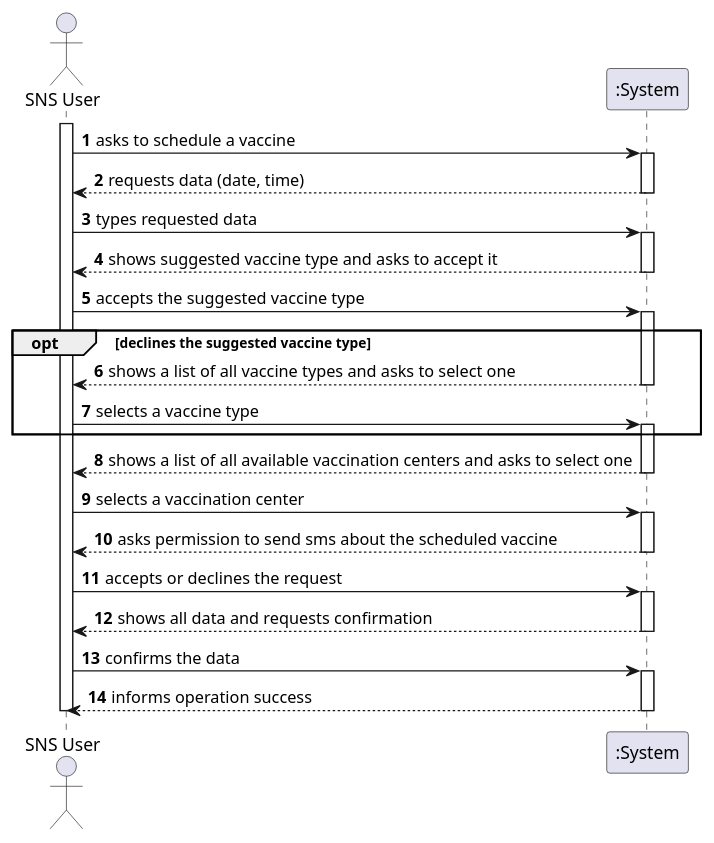
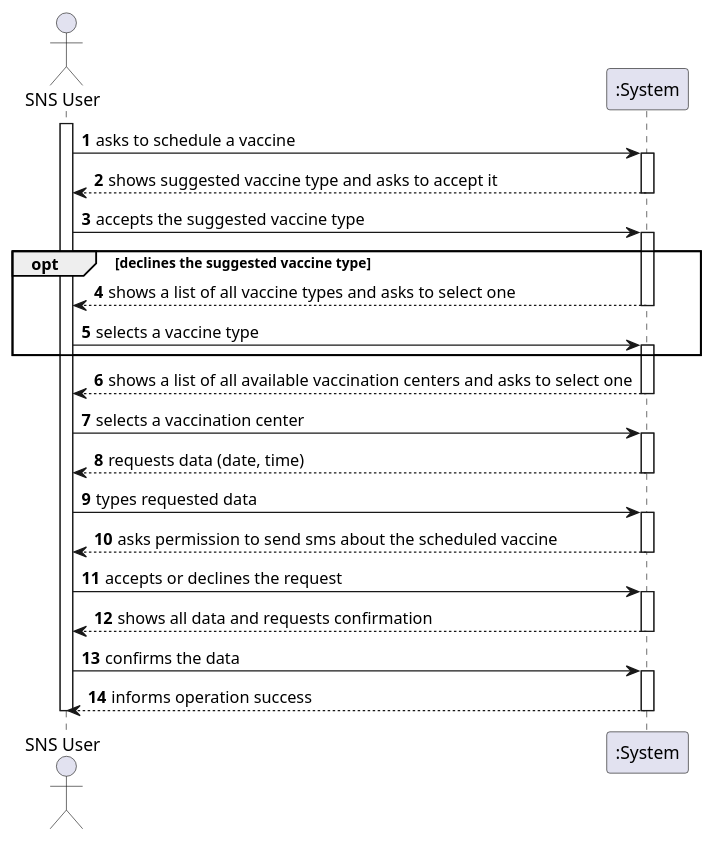
The diagram in docs/SprintC/US01/SSD/US01_SSD.puml (miseEnPlace-i/lapr2), drawn with PlantUML before and after one commit. The commit also changed other lines of this file and 3 other files, not shown here.

```diff
--- a/docs/SprintC/US01/SSD/US01_SSD.puml
+++ b/docs/SprintC/US01/SSD/US01_SSD.puml
@@ -1,45 +1,45 @@
 @startuml US01_SSD
 autonumber
 actor "SNS User" as user
 
 activate user
 
 user -> ":System" : asks to schedule a vaccine
-activate ":System"
-":System" --> user : requests data (date, time)
-deactivate ":System"
-
-user -> ":System" : types requested data
 activate ":System"
 ":System" --> user : shows suggested vaccine type and asks to accept it
 deactivate ":System"
 
 user -> ":System" : accepts the suggested vaccine type
 opt declines the suggested vaccine type
     activate ":System"
     ":System" --> user : shows a list of all vaccine types and asks to select one
     deactivate ":System"
     user -> ":System" : selects a vaccine type
     activate ":System"
 end
 ":System" --> user : shows a list of all available vaccination centers and asks to select one
 deactivate ":System"
 
 user -> ":System" : selects a vaccination center
 activate ":System"
+":System" --> user : requests data (date, time)
+deactivate ":System"
+
+user -> ":System" : types requested data
+activate ":System"
 ":System" --> user : asks permission to send sms about the scheduled vaccine
 deactivate ":System"
   
 user -> ":System" : accepts or declines the request
 activate ":System"
 ":System" --> user : shows all data and requests confirmation
 deactivate ":System"
 
 user -> ":System" : confirms the data
 activate ":System"
 ":System" --> user : informs operation success
 deactivate ":System"
 
 deactivate user
 
 @enduml
```
